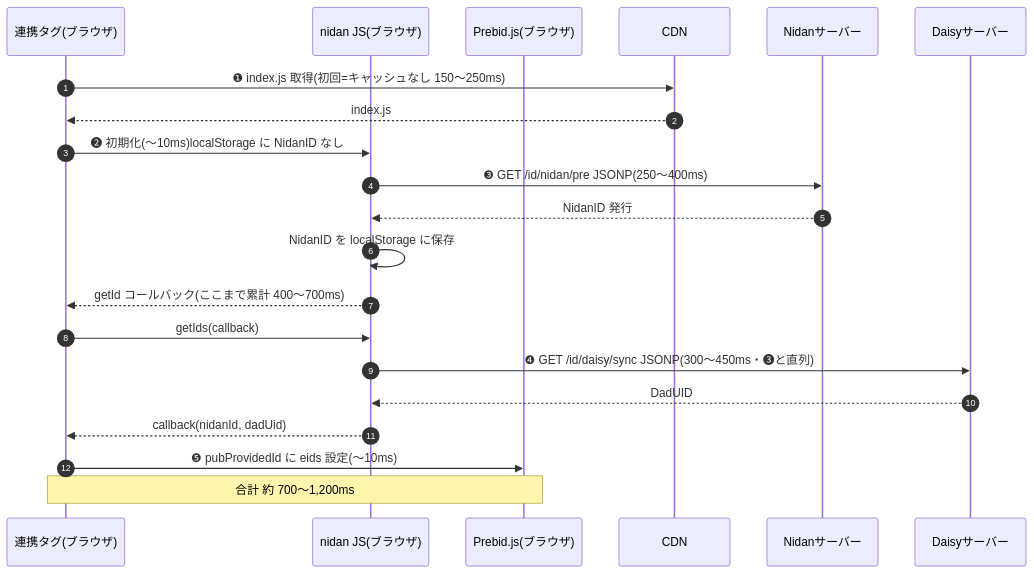
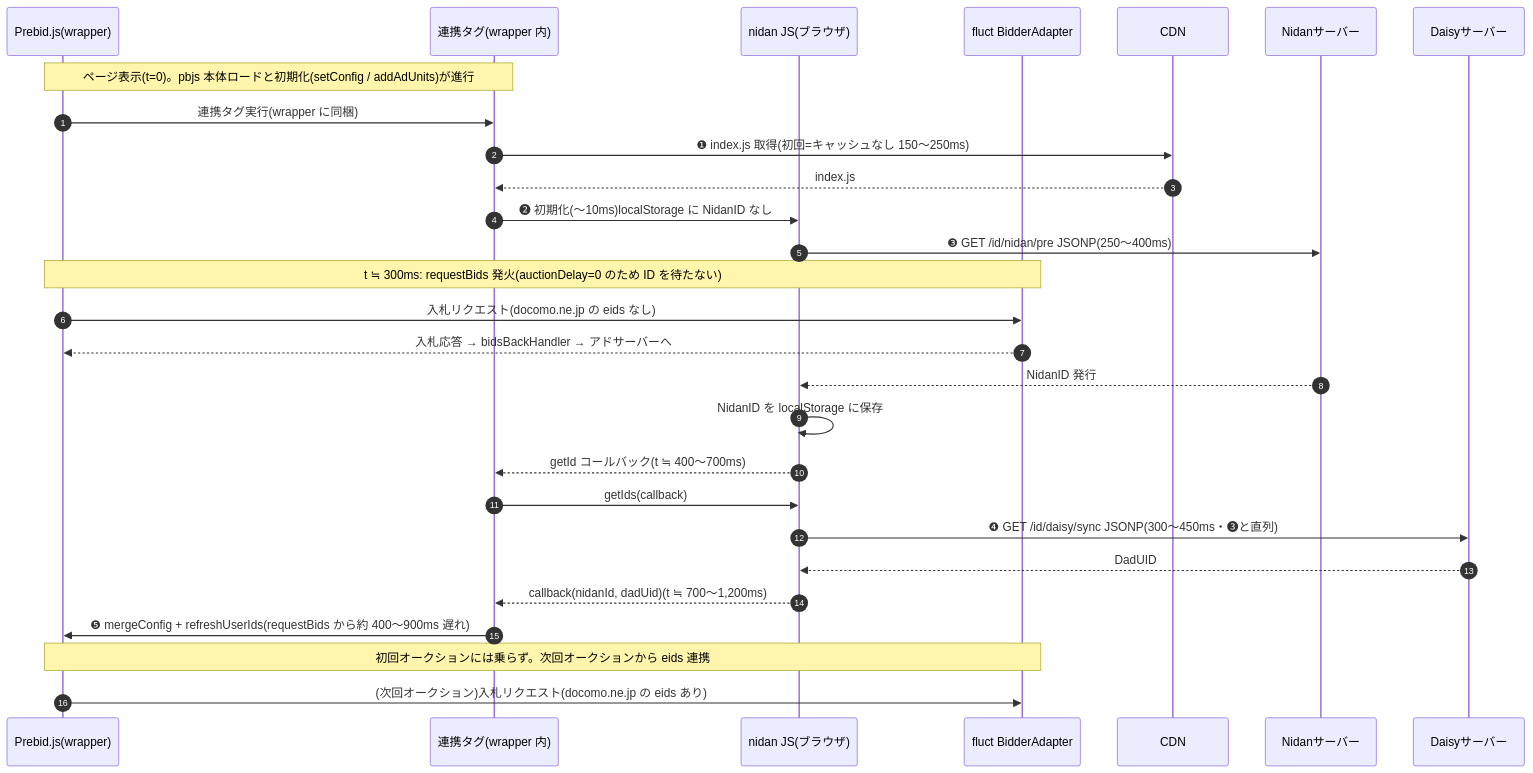
Before and after one commit to kyohei-takita-d2c/docomoid-docs: the second of 2 diagrams in sequences/prebid_latency.md, drawn with Mermaid. The commit also changed other lines of this file, not shown here.

````diff
--- a/sequences/prebid_latency.md
+++ b/sequences/prebid_latency.md
@@ -62,24 +78,33 @@
 ```mermaid
 sequenceDiagram
     autonumber
-    participant Tag as 連携タグ(ブラウザ)
+    participant Pbjs as Prebid.js(wrapper)
+    participant Tag as 連携タグ(wrapper 内)
     participant JS as nidan JS(ブラウザ)
-    participant Pbjs as Prebid.js(ブラウザ)
+    participant Fluct as fluct BidderAdapter
     participant CDN as CDN
     participant NAPI as Nidanサーバー
     participant DAPI as Daisyサーバー
 
+    Note over Pbjs,Tag: ページ表示(t=0)。pbjs 本体ロードと初期化(setConfig / addAdUnits)が進行
+    Pbjs->>Tag: 連携タグ実行(wrapper に同梱)
     Tag->>CDN: ❶ index.js 取得(初回=キャッシュなし 150〜250ms)
     CDN-->>Tag: index.js
     Tag->>JS: ❷ 初期化(〜10ms)localStorage に NidanID なし
     JS->>NAPI: ❸ GET /id/nidan/pre JSONP(250〜400ms)
+
+    Note over Pbjs,Fluct: t ≒ 300ms: requestBids 発火(auctionDelay=0 のため ID を待たない)
+    Pbjs->>Fluct: 入札リクエスト(docomo.ne.jp の eids なし)
+    Fluct-->>Pbjs: 入札応答 → bidsBackHandler → アドサーバーへ
+
     NAPI-->>JS: NidanID 発行
     JS->>JS: NidanID を localStorage に保存
-    JS-->>Tag: getId コールバック(ここまで累計 400〜700ms)
+    JS-->>Tag: getId コールバック(t ≒ 400〜700ms)
     Tag->>JS: getIds(callback)
     JS->>DAPI: ❹ GET /id/daisy/sync JSONP(300〜450ms・❸と直列)
     DAPI-->>JS: DadUID
-    JS-->>Tag: callback(nidanId, dadUid)
-    Tag->>Pbjs: ❺ pubProvidedId に eids 設定(〜10ms)
-    Note over Tag,Pbjs: 合計 約 700〜1,200ms
+    JS-->>Tag: callback(nidanId, dadUid)(t ≒ 700〜1,200ms)
+    Tag->>Pbjs: ❺ mergeConfig + refreshUserIds(requestBids から約 400〜900ms 遅れ)
+    Note over Pbjs,Fluct: 初回オークションには乗らず。次回オークションから eids 連携
+    Pbjs->>Fluct: (次回オークション)入札リクエスト(docomo.ne.jp の eids あり)
 ```
````
